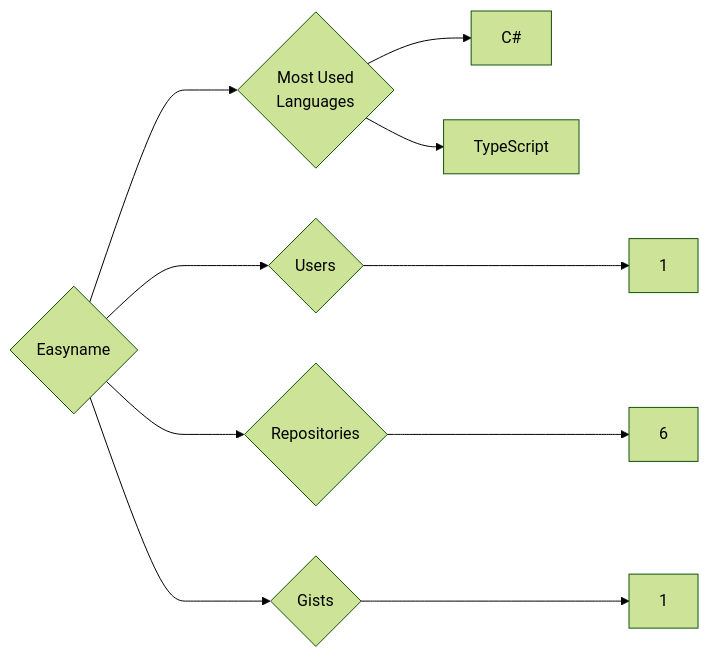
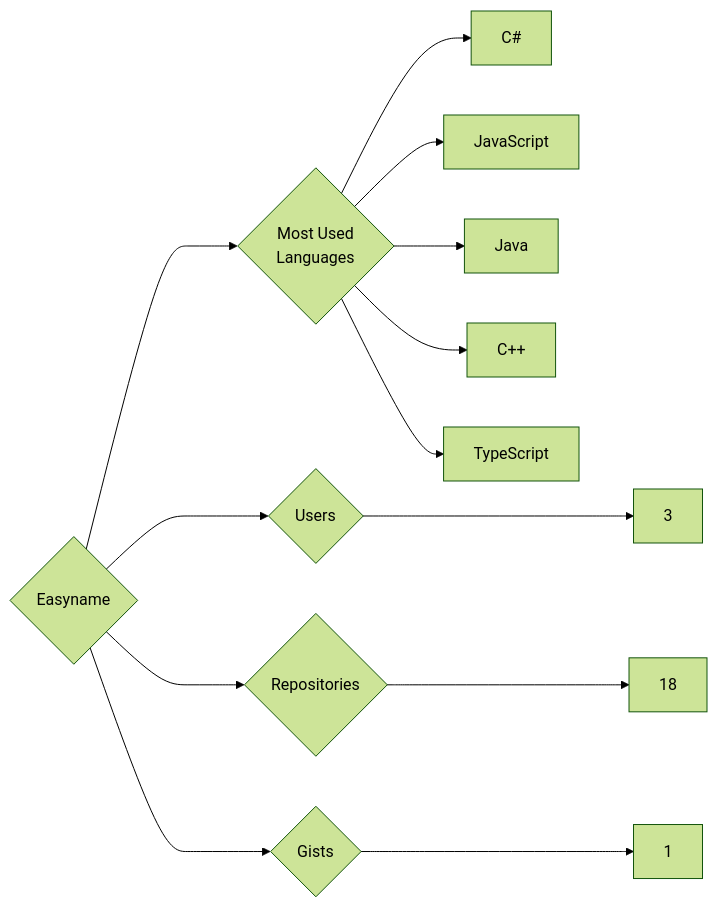
The diagram in targets/Easyname/README.md (trickest/insiders), drawn with Mermaid (forest theme) before and after one commit. The commit also changed 1023 other files, not shown here.

````diff
--- a/targets/Easyname/README.md
+++ b/targets/Easyname/README.md
@@ -3,10 +3,13 @@
 ```mermaid
 graph LR
 COMPANY_NAME{Easyname}
-COMPANY_NAME ---> U{Users} ---> UN[1]
-COMPANY_NAME ---> R{Repositories} ---> RN[6]
+COMPANY_NAME ---> U{Users} ---> UN[3]
+COMPANY_NAME ---> R{Repositories} ---> RN[18]
 COMPANY_NAME ---> G{Gists} ---> GN[1]
 COMPANY_NAME ---> ML{Most Used<br>Languages}
 ML --> C#[C#]
+ML --> JavaScript[JavaScript]
+ML --> Java[Java]
+ML --> C++[C++]
 ML --> TypeScript[TypeScript]
 ```
````
